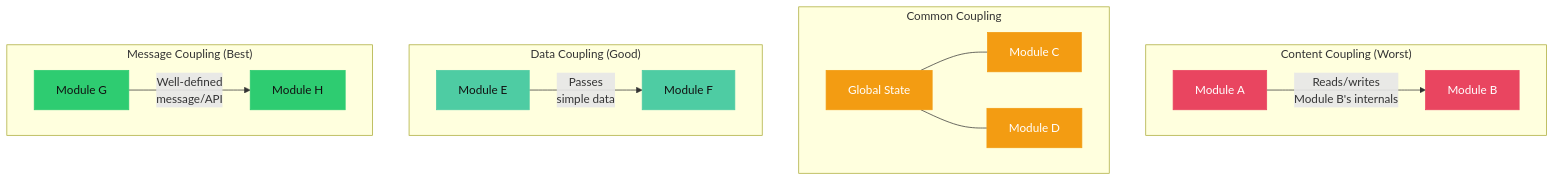
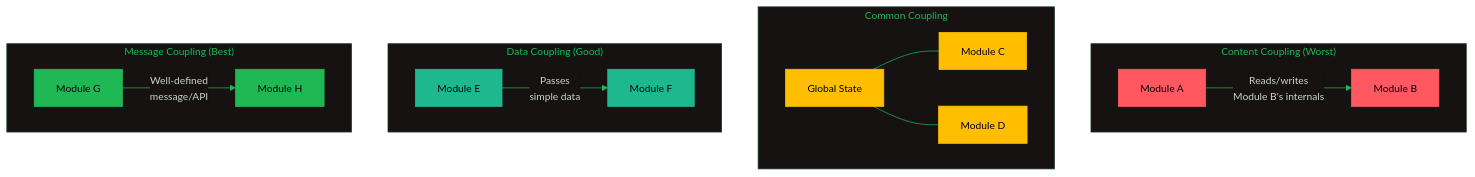
Before and after one commit to oat431/swe-knowledge: the fourth of 9 diagrams in computing-foundation-note/Fundamental/00 Basic Concepts of a System.md, drawn with Mermaid. The commit also changed other lines of this file and 139 other files, not shown here.

````diff
--- a/computing-foundation-note/Fundamental/00 Basic Concepts of a System.md
+++ b/computing-foundation-note/Fundamental/00 Basic Concepts of a System.md
@@ -317,26 +323,27 @@
 ```mermaid
+%%{init: {'theme':'base','themeVariables':{'primaryColor':'#19362D','primaryTextColor':'#CDD3D1','primaryBorderColor':'#1FB854','lineColor':'#1FB854','secondaryColor':'#161212','tertiaryColor':'#1B1717','background':'#1B1717','mainBkg':'#19362D','nodeBorder':'#1FB854','clusterBkg':'#161212','clusterBorder':'#19362D','titleColor':'#1FB854','edgeLabelBackground':'#161212','fontSize':'14px'}}}%%
 flowchart TB
     subgraph "Content Coupling (Worst)"
         M1["Module A"] -->|"Reads/writes\nModule B's internals"| M2["Module B"]
     end
     subgraph "Common Coupling"
         G["Global State"] --- M3["Module C"]
         G --- M4["Module D"]
     end
     subgraph "Data Coupling (Good)"
         M5["Module E"] -->|"Passes\nsimple data"| M6["Module F"]
     end
     subgraph "Message Coupling (Best)"
         M7["Module G"] -->|"Well-defined\nmessage/API"| M8["Module H"]
     end
     
-    style M1 fill:#e94560,stroke:#e94560,color:#fff
-    style M2 fill:#e94560,stroke:#e94560,color:#fff
-    style G fill:#f39c12,stroke:#f39c12,color:#fff
-    style M3 fill:#f39c12,stroke:#f39c12,color:#fff
-    style M4 fill:#f39c12,stroke:#f39c12,color:#fff
-    style M5 fill:#4ecca3,stroke:#4ecca3,color:#111
-    style M6 fill:#4ecca3,stroke:#4ecca3,color:#111
-    style M7 fill:#2ecc71,stroke:#2ecc71,color:#111
-    style M8 fill:#2ecc71,stroke:#2ecc71,color:#111
+    style M1 fill:#FF5861,stroke:#FF5861,color:#000000
+    style M2 fill:#FF5861,stroke:#FF5861,color:#000000
+    style G fill:#FFBE00,stroke:#FFBE00,color:#000000
+    style M3 fill:#FFBE00,stroke:#FFBE00,color:#000000
+    style M4 fill:#FFBE00,stroke:#FFBE00,color:#000000
+    style M5 fill:#1EB88E,stroke:#1EB88E,color:#000000
+    style M6 fill:#1EB88E,stroke:#1EB88E,color:#000000
+    style M7 fill:#1FB854,stroke:#1FB854,color:#000000
+    style M8 fill:#1FB854,stroke:#1FB854,color:#000000
 ```
````
